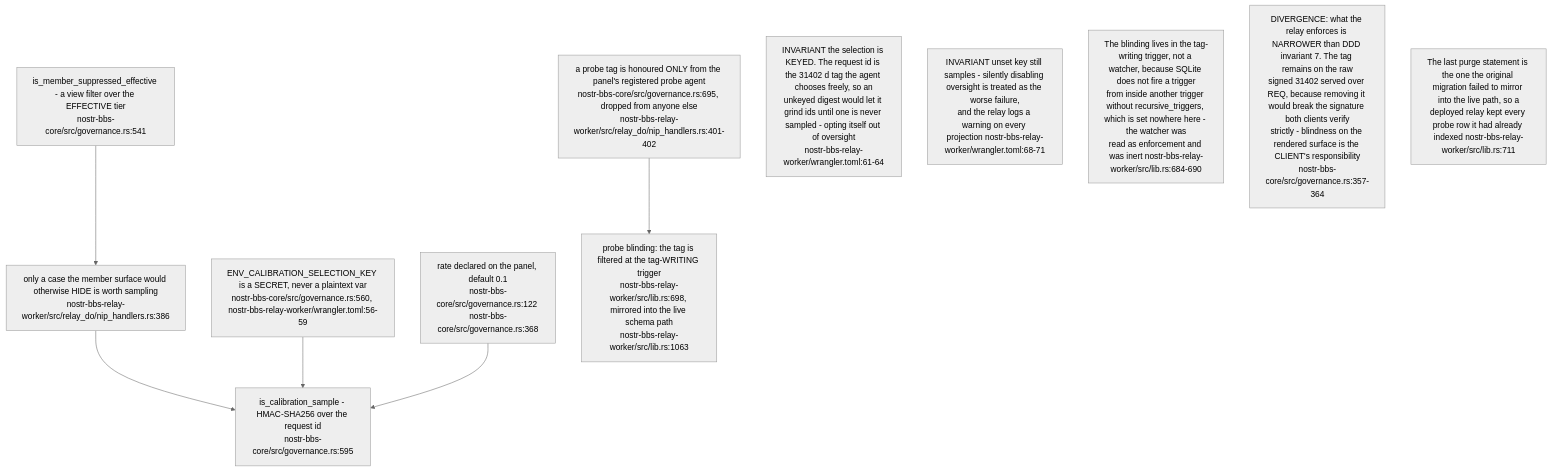
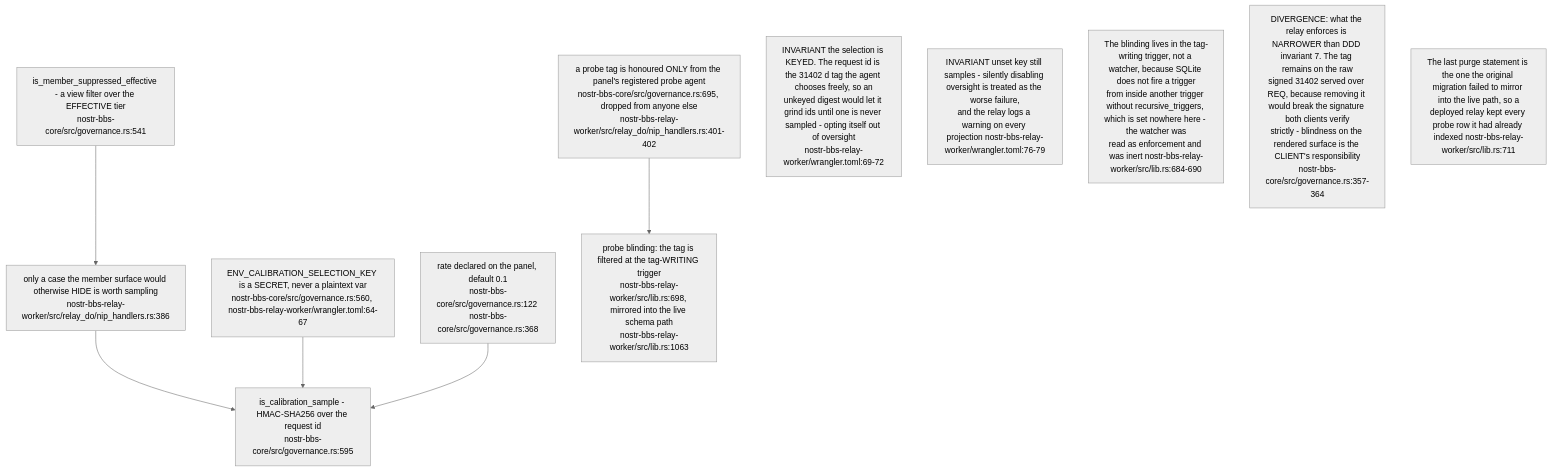
Diagram 12 of 17 in docs/diagrams/nostr-rust-forum/06-agent-control-surface-31400-31405.md (DreamLab-AI/VisionFlow), drawn with Mermaid (neutral theme) before and after one commit. The commit also changed other lines of this file and 145 other files, not shown here.

````diff
--- a/docs/diagrams/nostr-rust-forum/06-agent-control-surface-31400-31405.md
+++ b/docs/diagrams/nostr-rust-forum/06-agent-control-surface-31400-31405.md
@@ -355,21 +356,21 @@
 ```mermaid
 flowchart TB
     SUP["is_member_suppressed_effective - a view filter over the EFFECTIVE tier<br/>nostr-bbs-core/src/governance.rs:541"]
     ONLY["only a case the member surface would otherwise HIDE is worth sampling<br/>nostr-bbs-relay-worker/src/relay_do/nip_handlers.rs:386"]
     CAL["is_calibration_sample - HMAC-SHA256 over the request id<br/>nostr-bbs-core/src/governance.rs:595"]
-    KEY["ENV_CALIBRATION_SELECTION_KEY is a SECRET, never a plaintext var<br/>nostr-bbs-core/src/governance.rs:560, nostr-bbs-relay-worker/wrangler.toml:56-59"]
+    KEY["ENV_CALIBRATION_SELECTION_KEY is a SECRET, never a plaintext var<br/>nostr-bbs-core/src/governance.rs:560, nostr-bbs-relay-worker/wrangler.toml:64-67"]
     RATE["rate declared on the panel, default 0.1<br/>nostr-bbs-core/src/governance.rs:122 nostr-bbs-core/src/governance.rs:368"]
     PROBE["a probe tag is honoured ONLY from the panel's registered probe agent<br/>nostr-bbs-core/src/governance.rs:695, dropped from anyone else<br/>nostr-bbs-relay-worker/src/relay_do/nip_handlers.rs:401-402"]
     BLIND["probe blinding: the tag is filtered at the tag-WRITING trigger<br/>nostr-bbs-relay-worker/src/lib.rs:698, mirrored into the live schema path<br/>nostr-bbs-relay-worker/src/lib.rs:1063"]
 
     SUP --> ONLY --> CAL
     KEY --> CAL
     RATE --> CAL
     PROBE --> BLIND
 
-    N1["INVARIANT the selection is KEYED. The request id is the 31402 d tag the agent chooses freely, so an<br/>unkeyed digest would let it grind ids until one is never sampled - opting itself out of oversight<br/>nostr-bbs-relay-worker/wrangler.toml:61-64"]
-    N2["INVARIANT unset key still samples - silently disabling oversight is treated as the worse failure,<br/>and the relay logs a warning on every projection nostr-bbs-relay-worker/wrangler.toml:68-71"]
+    N1["INVARIANT the selection is KEYED. The request id is the 31402 d tag the agent chooses freely, so an<br/>unkeyed digest would let it grind ids until one is never sampled - opting itself out of oversight<br/>nostr-bbs-relay-worker/wrangler.toml:69-72"]
+    N2["INVARIANT unset key still samples - silently disabling oversight is treated as the worse failure,<br/>and the relay logs a warning on every projection nostr-bbs-relay-worker/wrangler.toml:76-79"]
     N3["The blinding lives in the tag-writing trigger, not a watcher, because SQLite does not fire a trigger<br/>from inside another trigger without recursive_triggers, which is set nowhere here - the watcher was<br/>read as enforcement and was inert nostr-bbs-relay-worker/src/lib.rs:684-690"]
     N4["DIVERGENCE: what the relay enforces is NARROWER than DDD invariant 7. The tag remains on the raw<br/>signed 31402 served over REQ, because removing it would break the signature both clients verify<br/>strictly - blindness on the rendered surface is the CLIENT's responsibility<br/>nostr-bbs-core/src/governance.rs:357-364"]
     N5["The last purge statement is the one the original migration failed to mirror into the live path, so a<br/>deployed relay kept every probe row it had already indexed nostr-bbs-relay-worker/src/lib.rs:711"]
 ```
````
